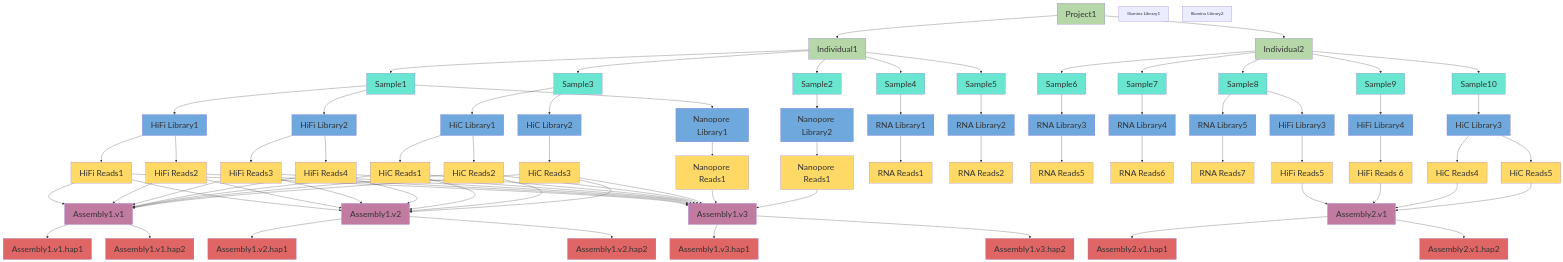
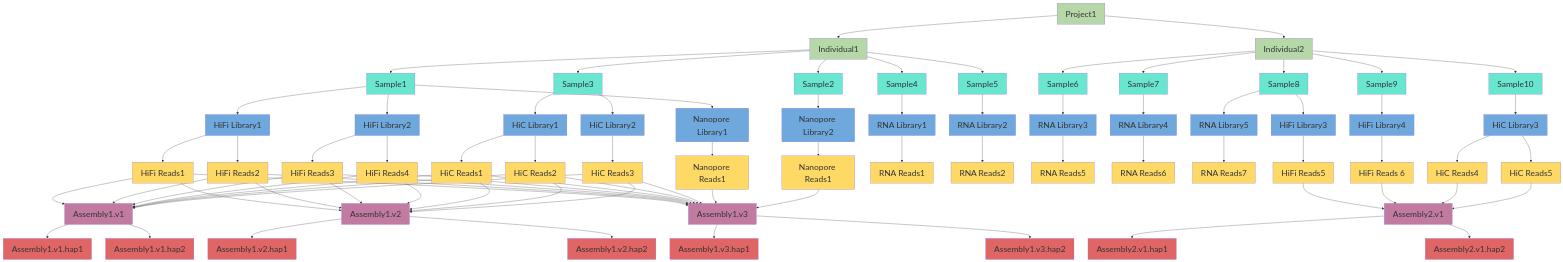
Before and after one commit to mahajrod/YggdrasilProtocols: the diagram in ID/IDscheme.md, drawn with Mermaid. The commit also changed other lines of this file, not shown here.

````diff
--- a/ID/IDscheme.md
+++ b/ID/IDscheme.md
@@ -72,9 +72,6 @@
     GenomeAssembly1.v2[Assembly1.v2] --> GenomeAssembly1.v2.hap2[Assembly1.v2.hap2]:::Haplotype
     GenomeAssembly1.v3[Assembly1.v3] --> GenomeAssembly1.v3.hap1[Assembly1.v3.hap1]:::Haplotype
     GenomeAssembly1.v3[Assembly1.v3] --> GenomeAssembly1.v3.hap2[Assembly1.v3.hap2]:::Haplotype
-
-    IlluminaLibrary1[Illumina Library1]
-    IlluminaLibrary2[Illumina Library2]
     
     Individual2 --> Sample6[Sample6]:::Sample
     Individual2 --> Sample7[Sample7]:::Sample
@@ -112,7 +109,5 @@
     classDef Reads fill:#ffd966,font-color:black,font-size:30
     classDef Assembly fill:#c27ba0,font-color:black,font-size:30
     classDef Haplotype fill:#e06666,font-color:black,font-size:30
-    
-
 
 ```
````
